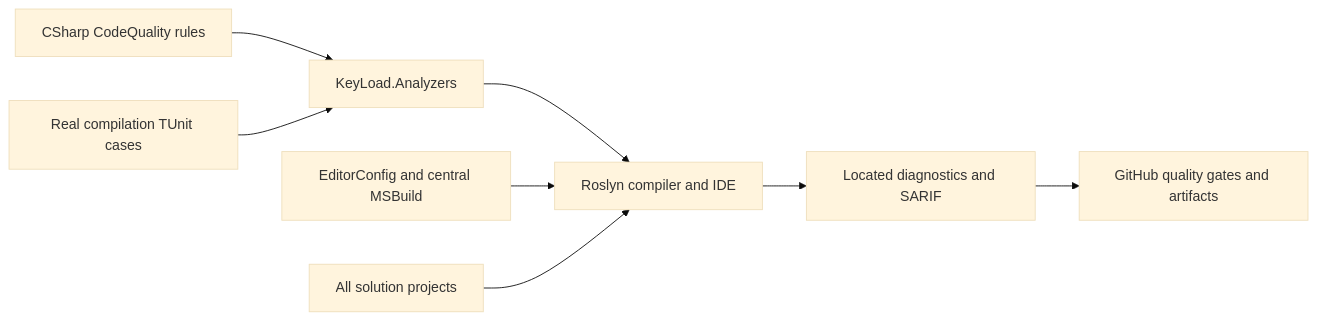
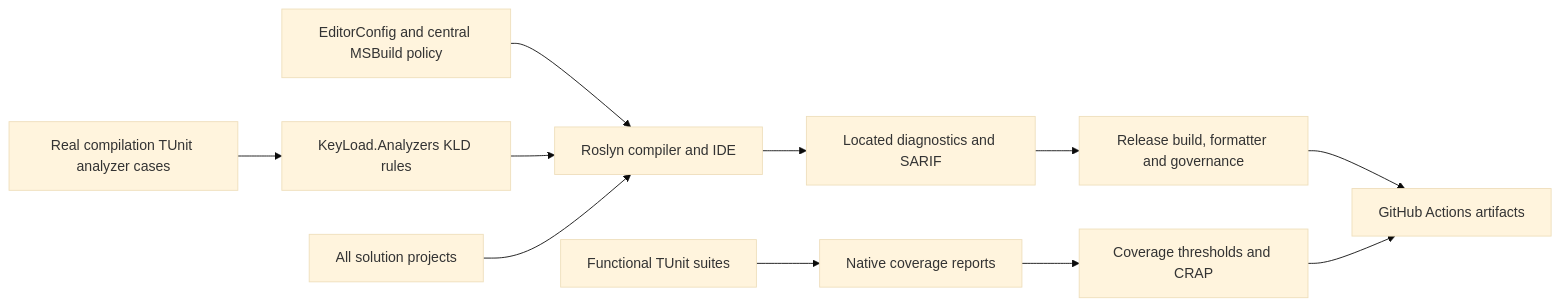
Before and after one commit to managedcode/KeyLoad: the diagram in docs/Features/CodeQuality.md, drawn with Mermaid (base theme). The commit also changed other lines of this file and 7356 other files, not shown here.

````diff
--- a/docs/Features/CodeQuality.md
+++ b/docs/Features/CodeQuality.md
@@ -283,10 +35,13 @@
 ```mermaid
 flowchart LR
-    Rules[CSharp CodeQuality rules] --> Analyzer[KeyLoad.Analyzers]
-    Analyzer --> Compiler[Roslyn compiler and IDE]
-    Config[EditorConfig and central MSBuild] --> Compiler
+    Config[EditorConfig and central MSBuild policy] --> Compiler[Roslyn compiler and IDE]
+    Rules[KeyLoad.Analyzers KLD rules] --> Compiler
     Sources[All solution projects] --> Compiler
     Compiler --> Findings[Located diagnostics and SARIF]
-    Tests[Real compilation TUnit cases] --> Analyzer
-    Findings --> CI[GitHub quality gates and artifacts]
+    Findings --> Gates[Release build, formatter and governance]
+    Tests[Real compilation TUnit analyzer cases] --> Rules
+    Functional[Functional TUnit suites] --> Coverage[Native coverage reports]
+    Coverage --> Metrics[Coverage thresholds and CRAP]
+    Gates --> CI[GitHub Actions artifacts]
+    Metrics --> CI
 ```
````
